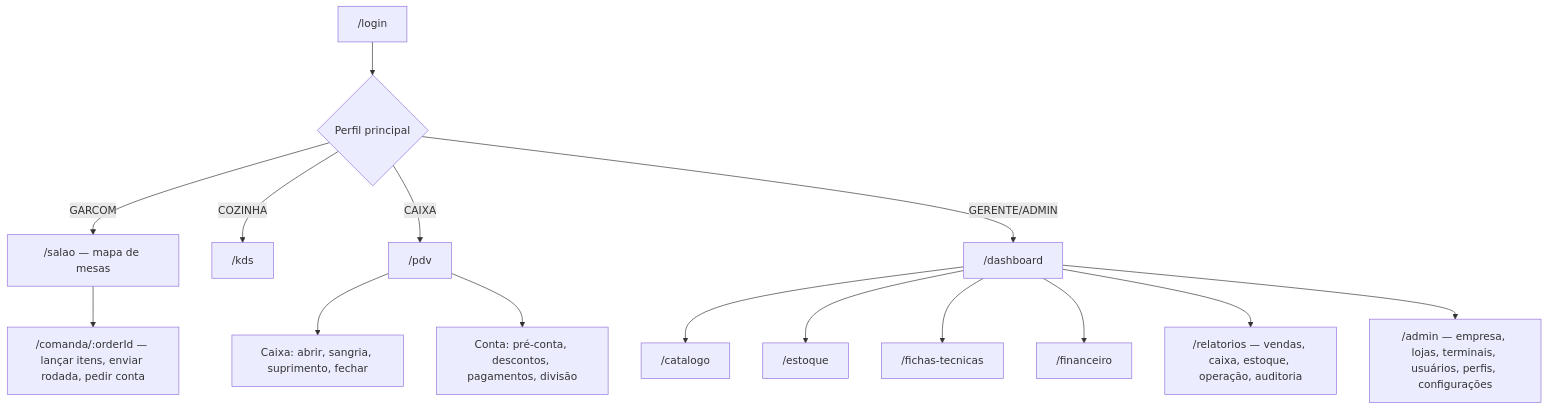
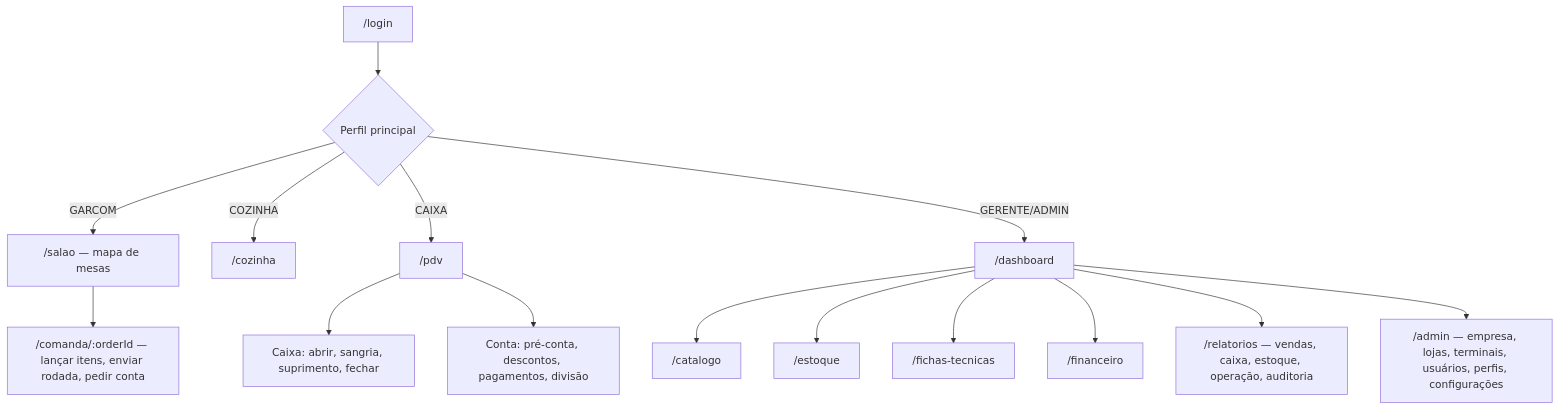
The diagram in maps/navigation/navegacao.md (marlonerick/erp-mesa-restaurante), drawn with Mermaid before and after one commit. The commit also changed other lines of this file and 73 other files, not shown here.

````diff
--- a/maps/navigation/navegacao.md
+++ b/maps/navigation/navegacao.md
@@ -21,19 +22,19 @@
 ```mermaid
 flowchart TD
   L["/login"] --> H{Perfil principal}
   H -- GARCOM --> SAL["/salao — mapa de mesas"]
-  H -- COZINHA --> KDS["/kds"]
+  H -- COZINHA --> KDS["/cozinha"]
   H -- CAIXA --> PDV["/pdv"]
   H -- GERENTE/ADMIN --> DASH["/dashboard"]
 
   SAL --> COM["/comanda/:orderId — lançar itens, enviar rodada, pedir conta"]
   PDV --> CXA["Caixa: abrir, sangria, suprimento, fechar"]
   PDV --> CONTA["Conta: pré-conta, descontos, pagamentos, divisão"]
 
   DASH --> CAT["/catalogo"]
   DASH --> EST["/estoque"]
   DASH --> FT["/fichas-tecnicas"]
   DASH --> FIN["/financeiro"]
   DASH --> REL["/relatorios — vendas, caixa, estoque, operação, auditoria"]
   DASH --> ADM["/admin — empresa, lojas, terminais, usuários, perfis, configurações"]
 ```
````
